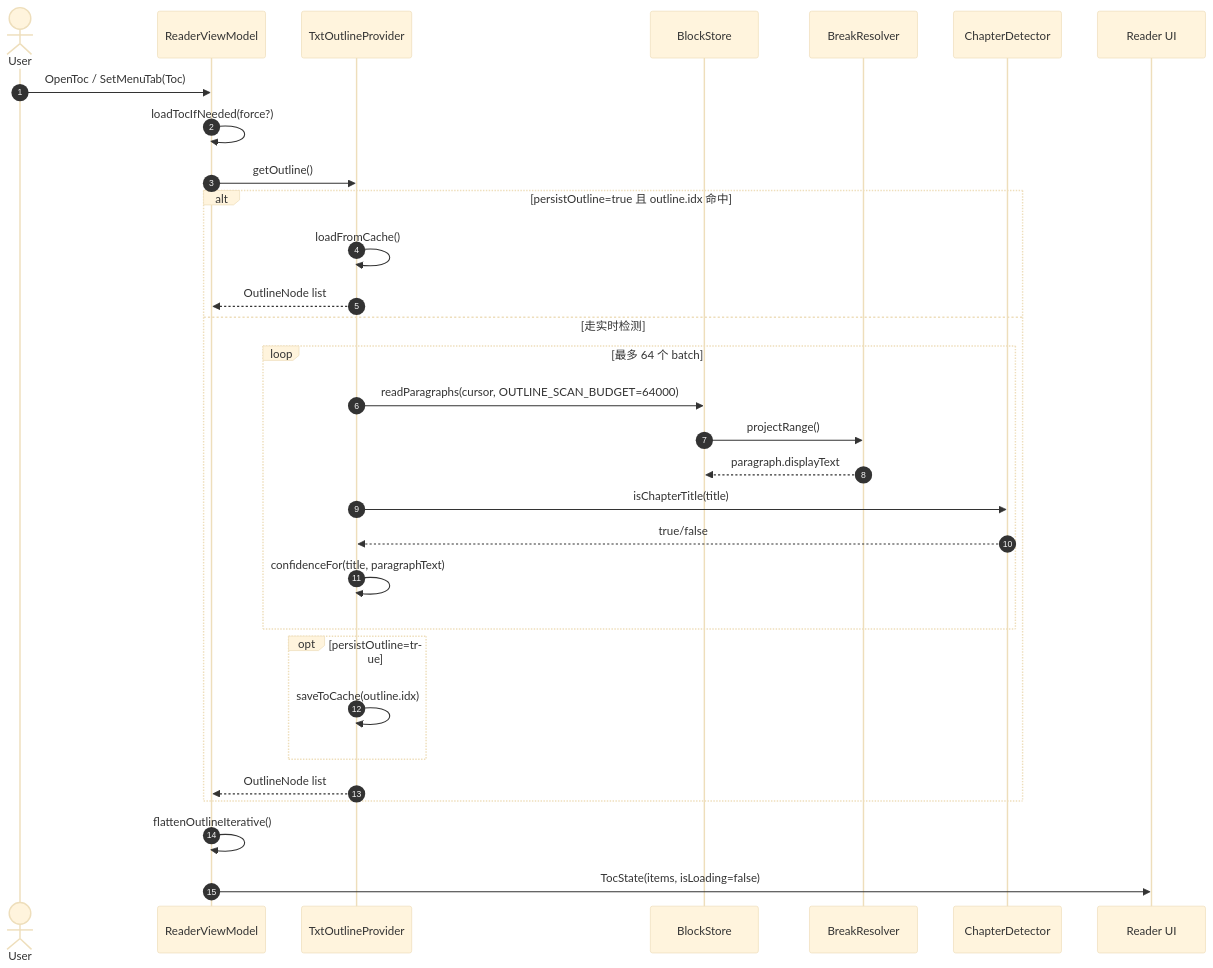
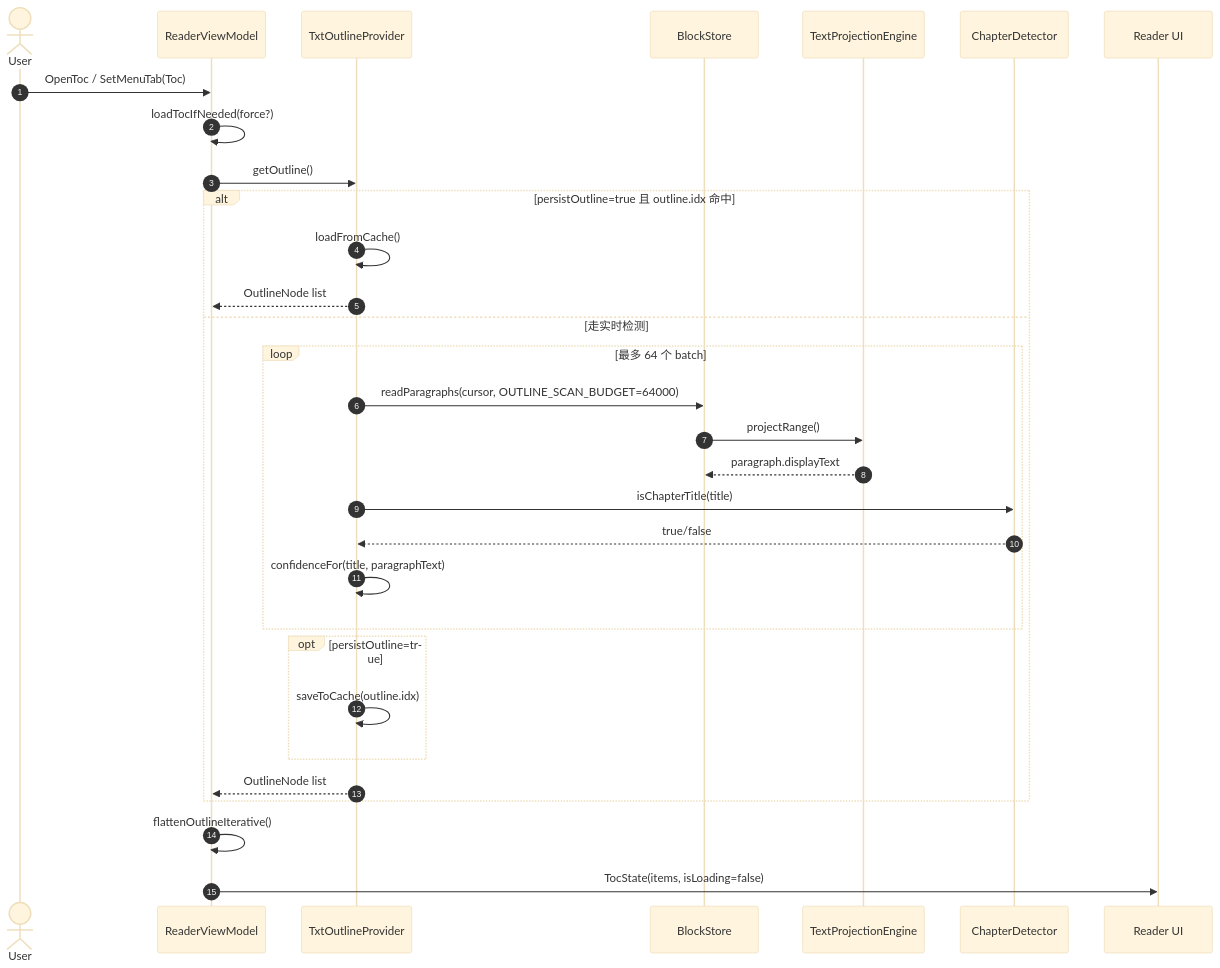
The fourth of 8 diagrams in doc/txt-reading-sequence.md (wuShan-n/iReader), drawn with Mermaid (base theme) before and after one commit. The commit also changed other lines of this file and 102 other files, not shown here.

````diff
--- a/doc/txt-reading-sequence.md
+++ b/doc/txt-reading-sequence.md
@@ -304,36 +304,36 @@
 ```mermaid
 sequenceDiagram
     autonumber
     actor User as User
     participant VM as ReaderViewModel
     participant Outline as TxtOutlineProvider
     participant BlockStore as BlockStore
-    participant BreakResolver as BreakResolver
+    participant TextProjectionEngine as TextProjectionEngine
     participant Detector as ChapterDetector
     participant UI as Reader UI
 
     User->>VM: OpenToc / SetMenuTab(Toc)
     VM->>VM: loadTocIfNeeded(force?)
     VM->>Outline: getOutline()
 
     alt persistOutline=true 且 outline.idx 命中
         Outline->>Outline: loadFromCache()
         Outline-->>VM: OutlineNode list
     else 走实时检测
         loop 最多 64 个 batch
             Outline->>BlockStore: readParagraphs(cursor, OUTLINE_SCAN_BUDGET=64000)
-            BlockStore->>BreakResolver: projectRange()
-            BreakResolver-->>BlockStore: paragraph.displayText
+            BlockStore->>TextProjectionEngine: projectRange()
+            TextProjectionEngine-->>BlockStore: paragraph.displayText
             Outline->>Detector: isChapterTitle(title)
             Detector-->>Outline: true/false
             Outline->>Outline: confidenceFor(title, paragraphText)
         end
         opt persistOutline=true
             Outline->>Outline: saveToCache(outline.idx)
         end
         Outline-->>VM: OutlineNode list
     end
 
     VM->>VM: flattenOutlineIterative()
     VM->>UI: TocState(items, isLoading=false)
 ```
````
